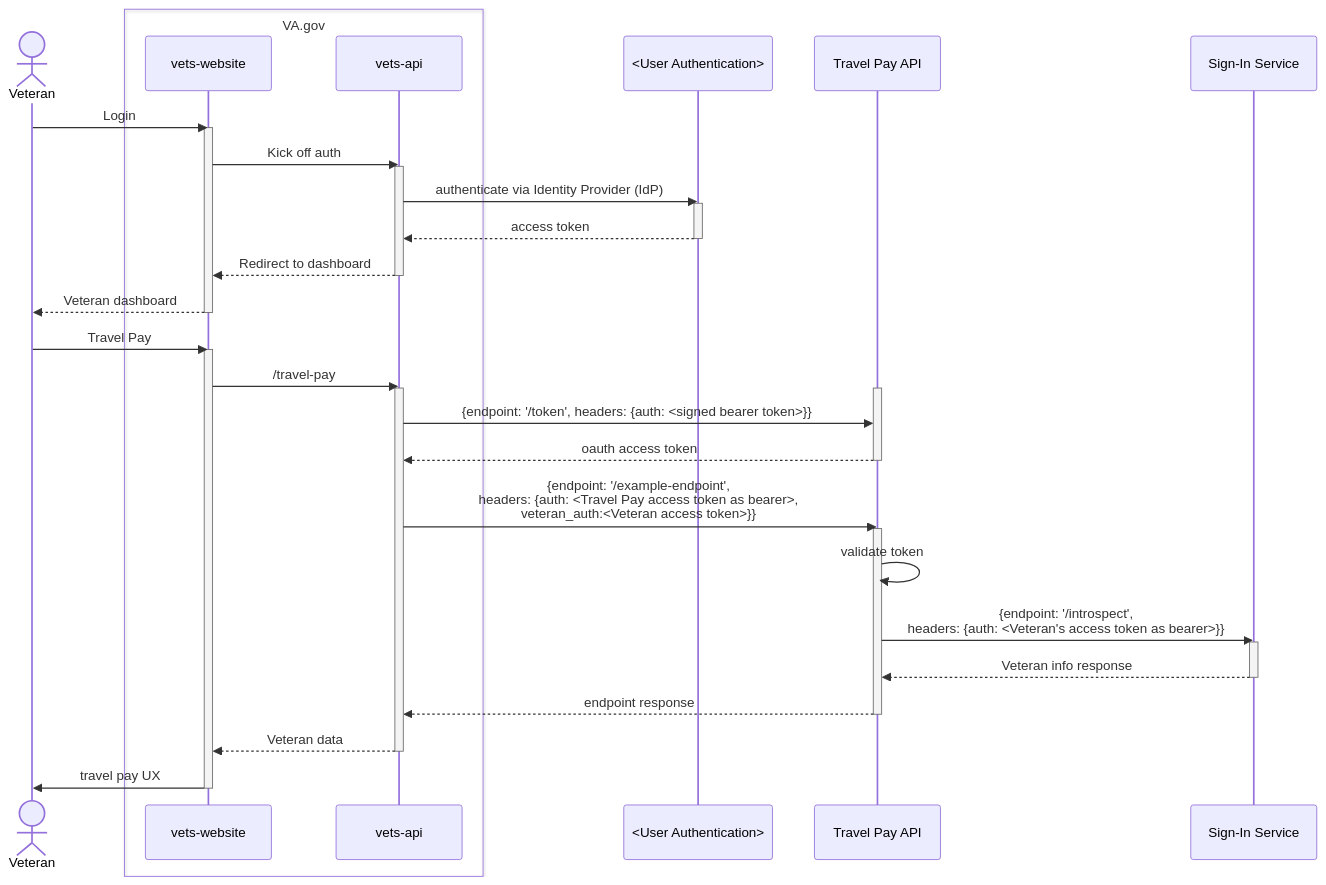
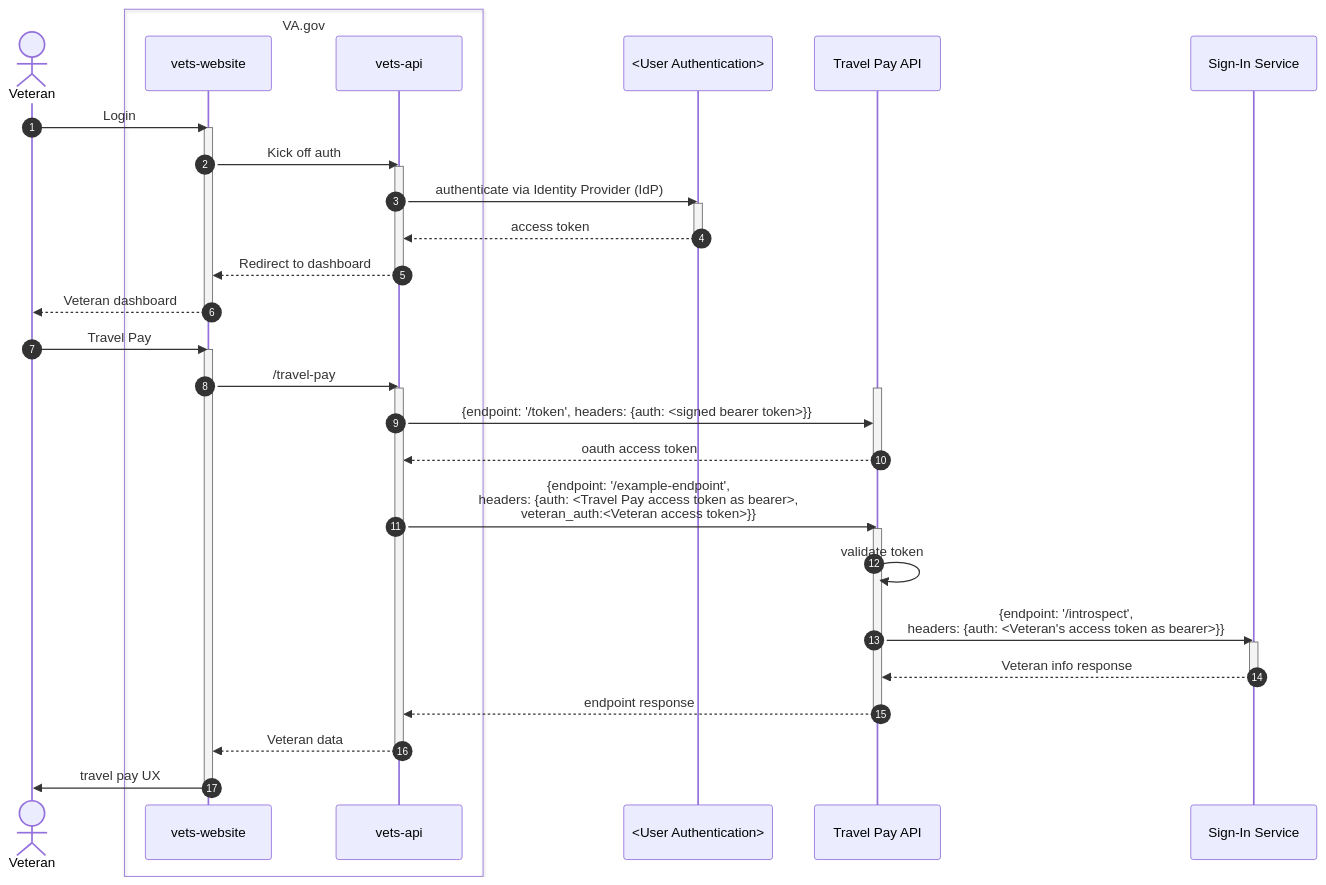
One commit to department-of-veterans-affairs/va.gov-team changed the diagram in products/health-care/beneficiary-travel/engineering/auth-seq-diagram.md. Above: the diagram before and after it, drawn with Mermaid.

Commit message:
Add autonumbering for reference

````diff
--- a/products/health-care/beneficiary-travel/engineering/auth-seq-diagram.md
+++ b/products/health-care/beneficiary-travel/engineering/auth-seq-diagram.md
@@ -1,54 +1,55 @@
 ```mermaid
 sequenceDiagram
+autonumber
   actor v as Veteran
   box VA.gov
     participant vweb as vets-website
     participant vapi as vets-api
   end
   participant uauth as <User Authentication>
   participant tpapi as Travel Pay API
   participant sis as Sign-In Service
 
   v->>vweb: Login
   activate vweb
     vweb->>vapi: Kick off auth
     activate vapi
     vapi->>uauth: authenticate via Identity Provider (IdP)
 
     activate uauth
       uauth-->>vapi: access token
     deactivate uauth
     vapi-->>vweb: Redirect to dashboard
     deactivate vapi
     vweb-->>v: Veteran dashboard
     deactivate vweb
 
     v->>vweb: Travel Pay
     activate vweb
     vweb->>vapi: /travel-pay
     activate vapi
 
     activate tpapi
       vapi->>tpapi: {endpoint: '/token', headers: {auth: <signed bearer token>}}
 
       tpapi-->>vapi: oauth access token
     deactivate tpapi
 
     vapi->>tpapi: {endpoint: '/example-endpoint',<br/>headers: {auth: <Travel Pay access token as bearer>,<br/>veteran_auth:<Veteran access token>}}
 
     activate tpapi
       tpapi->>tpapi: validate token
 
       tpapi->>sis: {endpoint: '/introspect',<br/>headers: {auth: <Veteran's access token as bearer>}}
       activate sis
         sis-->>tpapi: Veteran info response
       deactivate sis
 
       tpapi-->>vapi: endpoint response
     deactivate tpapi
     
     vapi-->>vweb: Veteran data
     deactivate vapi
     vweb->>v: travel pay UX
   deactivate vweb
 ```
````
